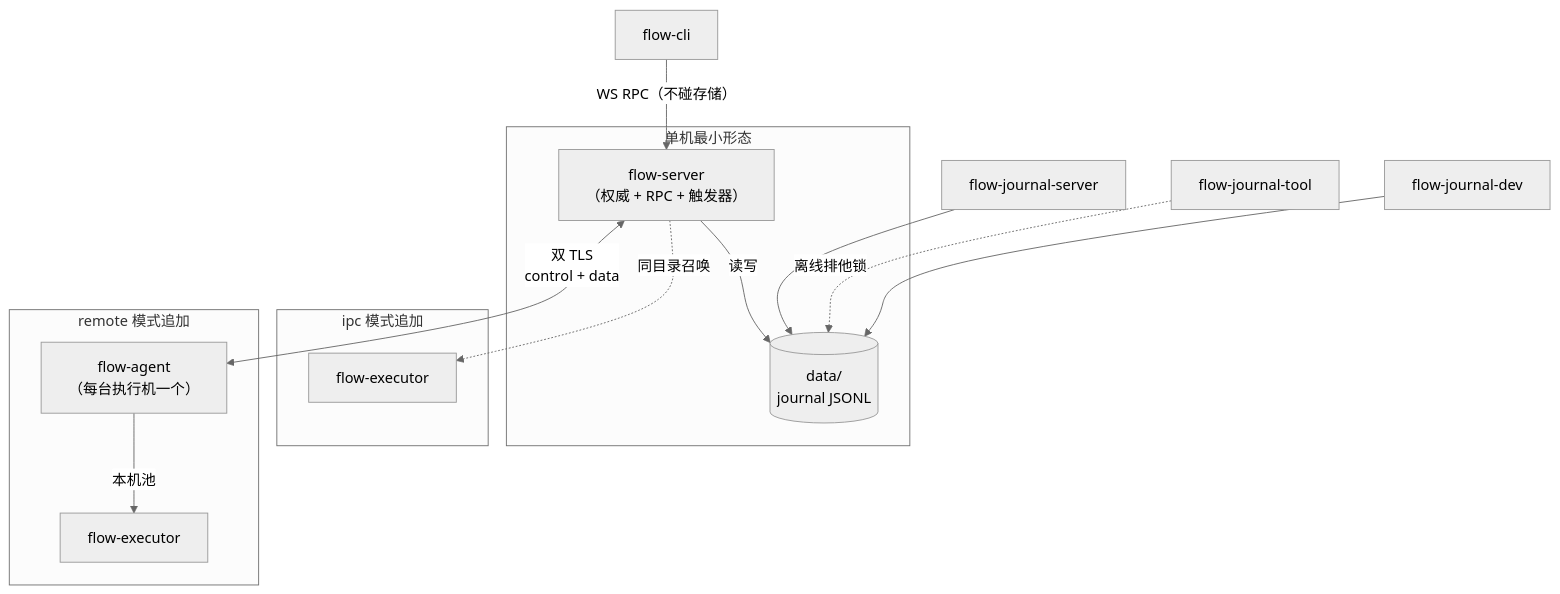
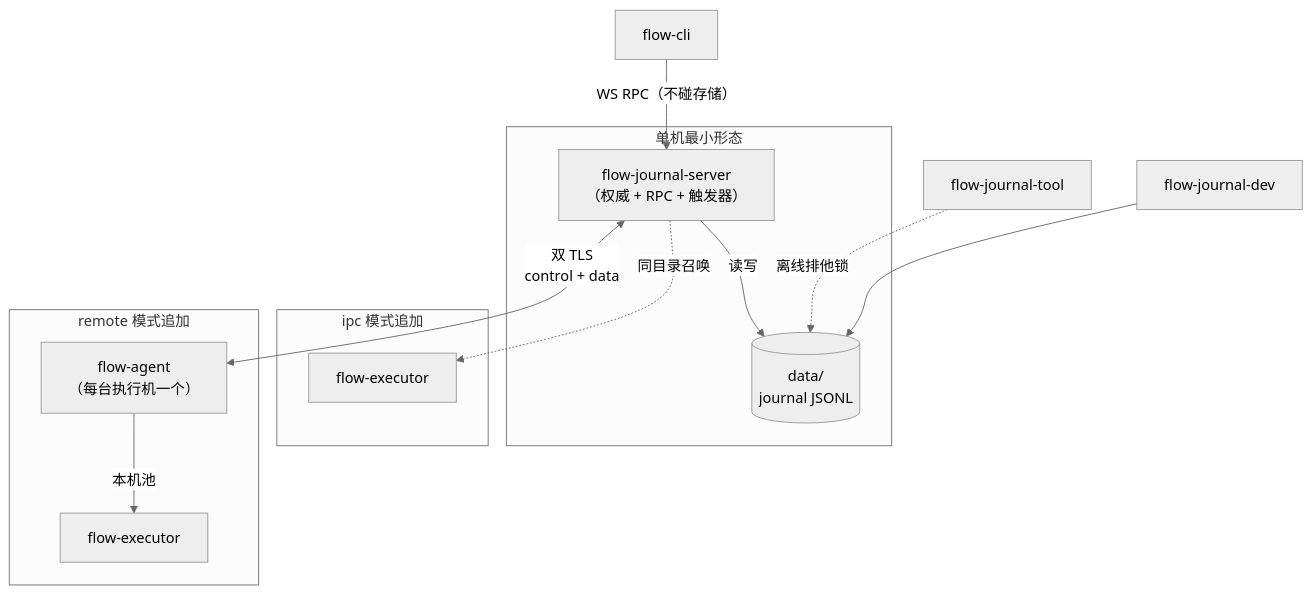
Before and after one commit to yeheng/flow: the diagram in docs/OPS.md, drawn with Mermaid (neutral theme). The commit also changed other lines of this file and 69 other files, not shown here.

````diff
--- a/docs/OPS.md
+++ b/docs/OPS.md
@@ -39,25 +39,24 @@
 ```mermaid
 graph TB
   subgraph 单机最小形态
-    S["flow-server<br/>（权威 + RPC + 触发器）"]
+    S["flow-journal-server<br/>（权威 + RPC + 触发器）"]
     D[("data/<br/>journal JSONL")]
     S -->|读写| D
   end
 
   subgraph ipc 模式追加
     E1["flow-executor"]
     S -.同目录召唤.-> E1
   end
 
   subgraph remote 模式追加
     A["flow-agent<br/>（每台执行机一个）"]
     E2["flow-executor"]
     S <-->|"双 TLS<br/>control + data"| A
     A -->|本机池| E2
   end
 
   C["flow-cli"] -->|"WS RPC（不碰存储）"| S
-  JS["flow-journal-server"] --> D
   T["flow-journal-tool"] -.离线排他锁.-> D
   DEV["flow-journal-dev"] --> D
 ```
````
